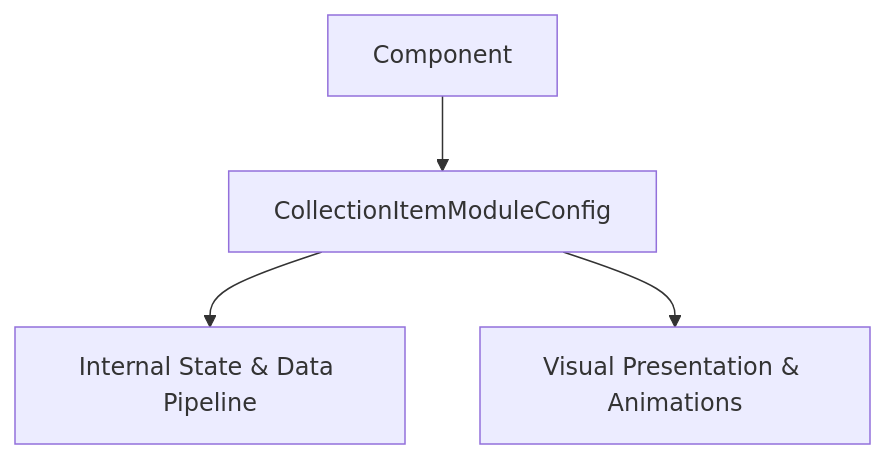
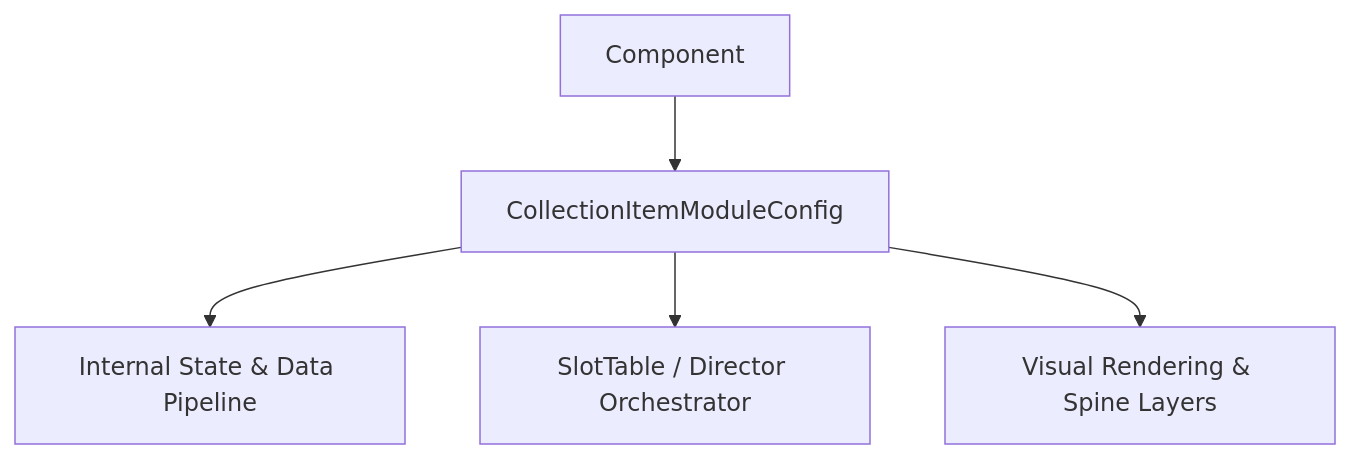
The diagram in docs/cc_slot_mechanics/modules/CollectionItemModuleConfig/01_overview/01_architecture_and_role.md (lam-ark/mcp-fwcc), drawn with Mermaid before and after one commit. The commit also changed other lines of this file and 2509 other files, not shown here.

````diff
--- a/docs/cc_slot_mechanics/modules/CollectionItemModuleConfig/01_overview/01_architecture_and_role.md
+++ b/docs/cc_slot_mechanics/modules/CollectionItemModuleConfig/01_overview/01_architecture_and_role.md
@@ -18,6 +24,7 @@
 ```mermaid
 graph TD
-    Parent[Component] --> Mod[CollectionItemModuleConfig]
-    Mod --> State[Internal State & Data Pipeline]
-    Mod --> Render[Visual Presentation & Animations]
+    SuperClass[Component] --> TargetClass[CollectionItemModuleConfig]
+    TargetClass --> DataPipeline[Internal State & Data Pipeline]
+    TargetClass --> Orchestrator[SlotTable / Director Orchestrator]
+    TargetClass --> ViewLayer[Visual Rendering & Spine Layers]
 ```
````
